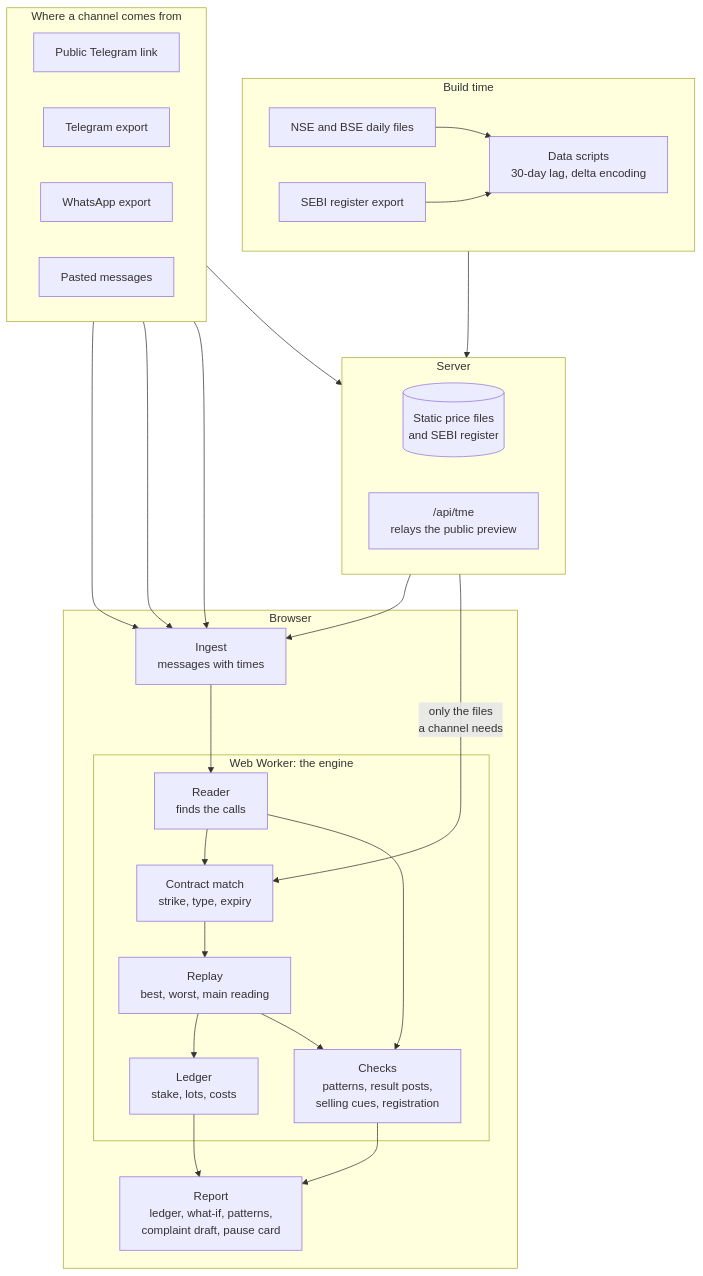
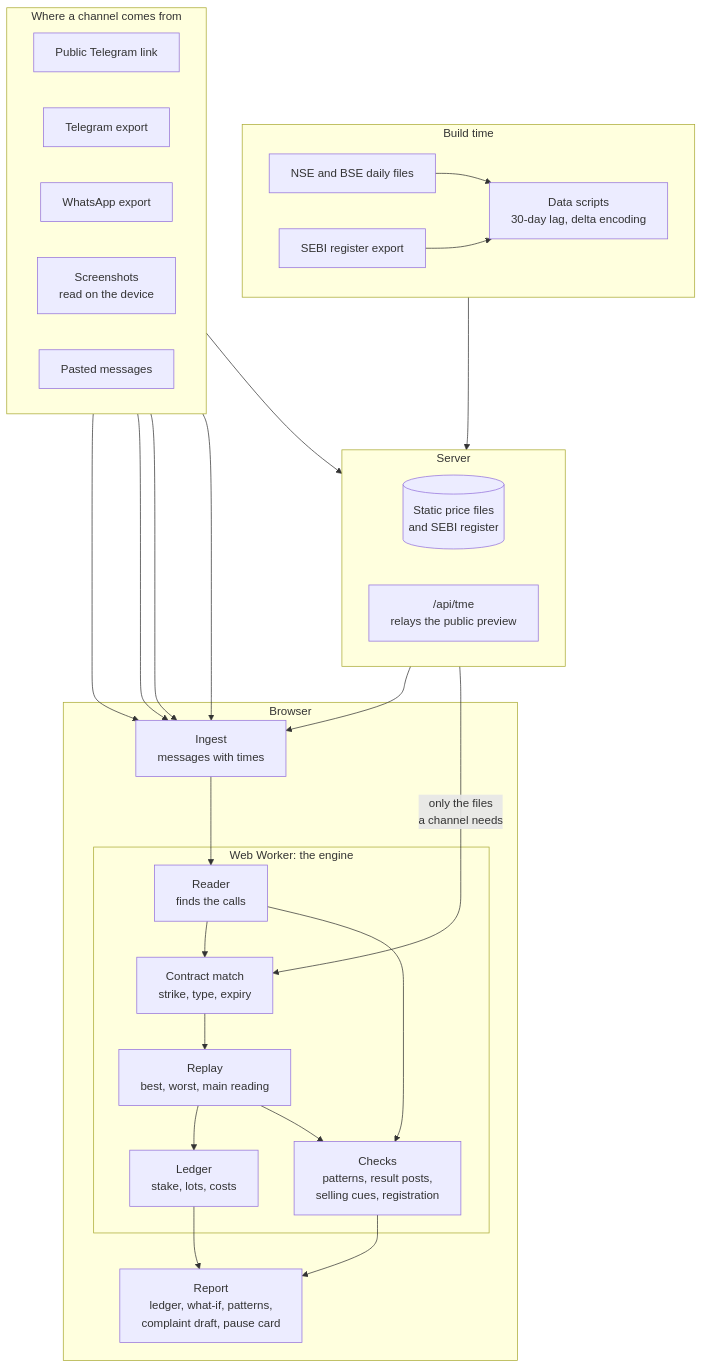
Before and after one commit to uttampreet-dev/reckoning: the diagram in README.md, drawn with Mermaid. The commit also changed other lines of this file, not shown here.

````diff
--- a/README.md
+++ b/README.md
@@ -59,44 +59,46 @@
 ```mermaid
 flowchart TB
   subgraph BUILD["Build time"]
     direction LR
     N["NSE and BSE daily files"] --> B["Data scripts<br/>30-day lag, delta encoding"]
     Q["SEBI register export"] --> B
   end
 
   subgraph IN["Where a channel comes from"]
     direction LR
     L["Public Telegram link"]
     E["Telegram export"]
     W["WhatsApp export"]
+    H["Screenshots<br/>read on the device"]
     P["Pasted messages"]
   end
 
   subgraph SERVER["Server"]
     direction LR
     S[("Static price files<br/>and SEBI register")]
     R["/api/tme<br/>relays the public preview"]
   end
 
   subgraph BROWSER["Browser"]
     I["Ingest<br/>messages with times"]
     subgraph WORKER["Web Worker: the engine"]
       X["Reader<br/>finds the calls"]
       C["Contract match<br/>strike, type, expiry"]
       Y["Replay<br/>best, worst, main reading"]
       G["Ledger<br/>stake, lots, costs"]
       K["Checks<br/>patterns, result posts,<br/>selling cues, registration"]
     end
     V["Report<br/>ledger, what-if, patterns,<br/>complaint draft, pause card"]
   end
 
   B --> S
   L --> R --> I
   E --> I
   W --> I
+  H --> I
   P --> I
   I --> X --> C --> Y --> G --> V
   X --> K
   Y --> K --> V
   S -- "only the files<br/>a channel needs" --> C
 ```
````
